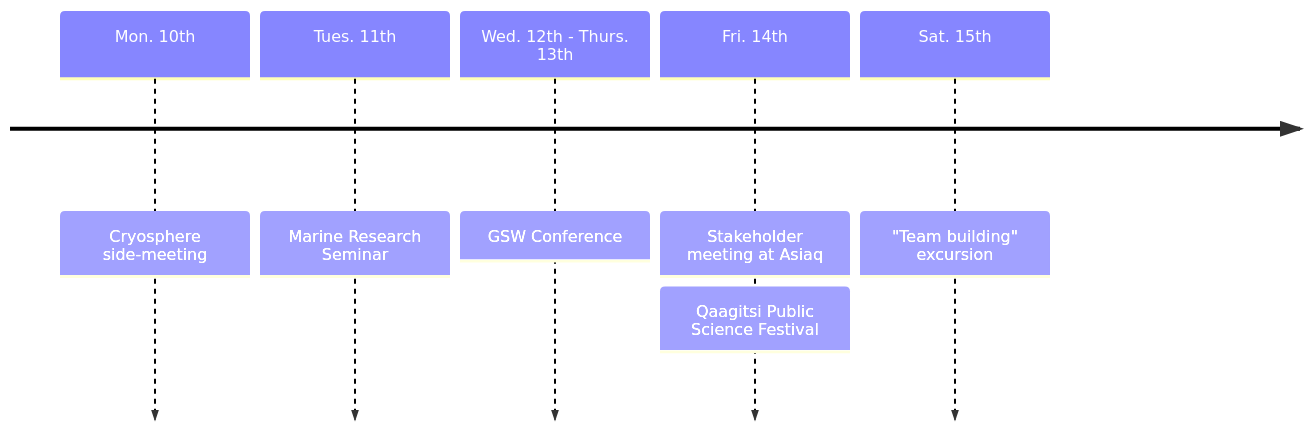
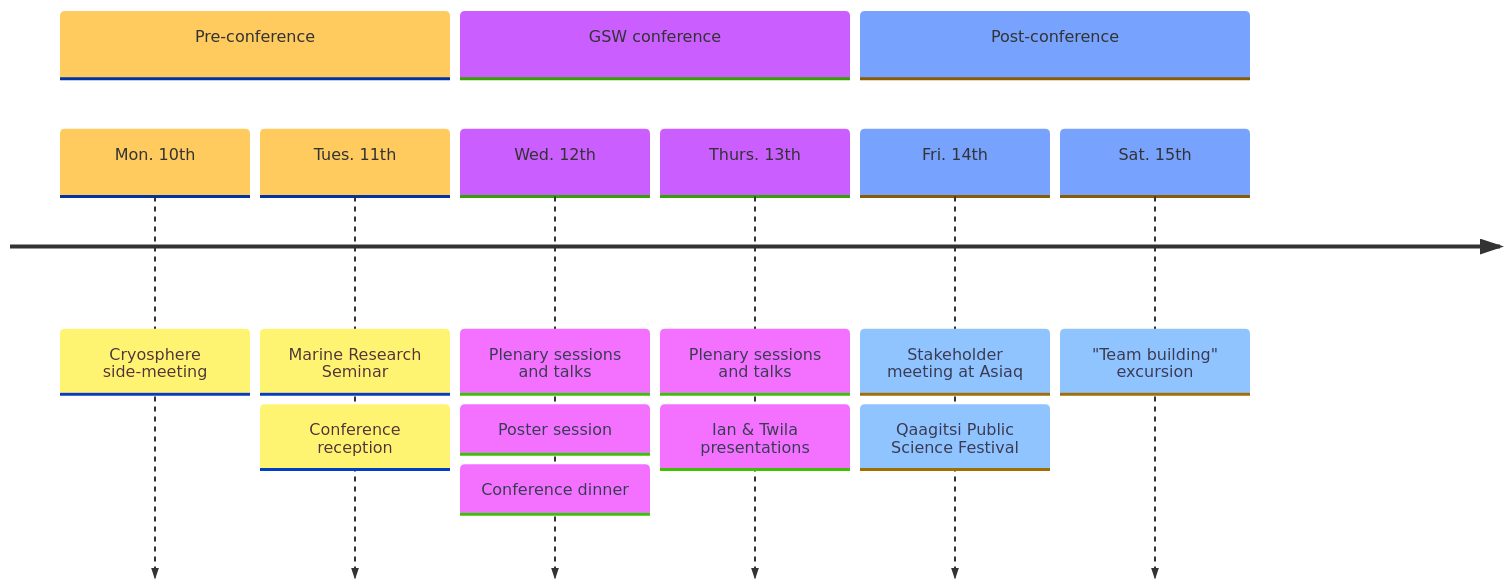
One commit to QGreenland-Net/qgreenland-net.github.io changed the diagram in presentations/gsw2025-overview.qmd. Above: the diagram before and after it, drawn with Mermaid.

Commit message:
Update timeline for GSW

````diff
--- a/presentations/gsw2025-overview.qmd
+++ b/presentations/gsw2025-overview.qmd
@@ -94,15 +94,23 @@
 ```{mermaid}
 ---
 config:
-  theme: 'default'
+  theme: 'base'
   timeline:
     disableMulticolor: true
 ---
 timeline
-    Mon. 10th: Cryosphere side-meeting
-    Tues. 11th : Marine Research Seminar
-    Wed. 12th - Thurs. 13th : GSW Conference
-    Fri. 14th : Stakeholder meeting at Asiaq
-              : Qaagitsi Public Science Festival
-    Sat. 15th : "Team building" excursion
+    section Pre-conference
+        Mon. 10th: Cryosphere side-meeting
+        Tues. 11th : Marine Research Seminar
+                   : Conference reception
+    section GSW conference
+        Wed. 12th: Plenary sessions and talks
+                 : Poster session
+                 : Conference dinner
+        Thurs. 13th: Plenary sessions and talks
+                   : Ian & Twila presentations
+    section Post-conference
+        Fri. 14th : Stakeholder meeting at Asiaq
+                : Qaagitsi Public Science Festival
+        Sat. 15th : "Team building" excursion
 ```
````
